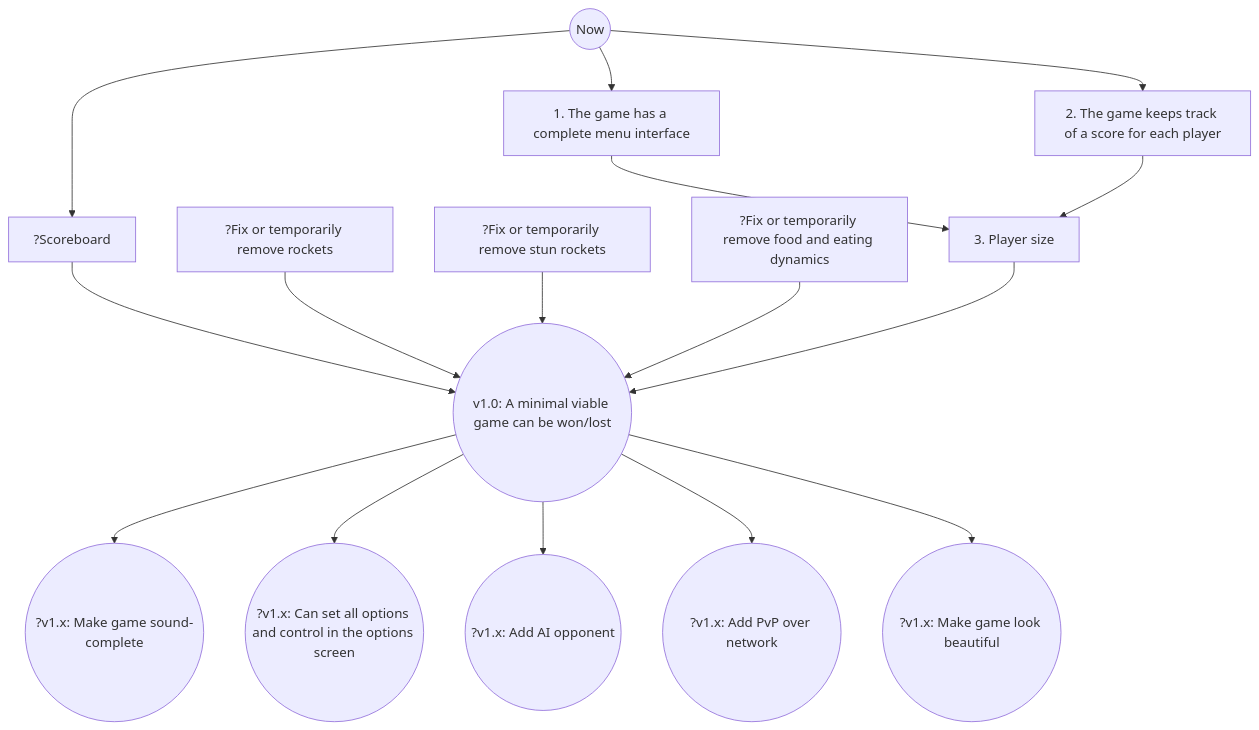
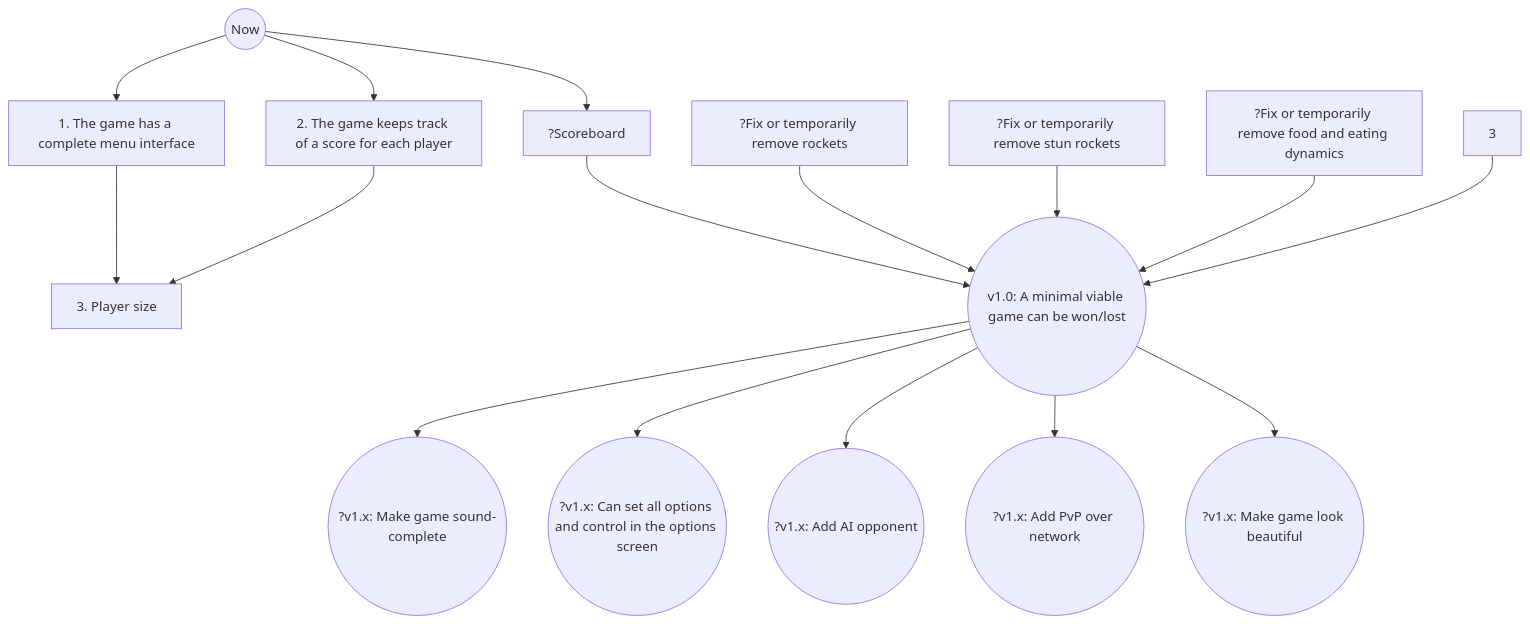
One commit to tresinformal/drakkar changed the diagram in doc/roadmap.md. Above: the diagram before and after it, drawn with Mermaid.

Commit message:
Milestones are in 10s, versions are in 100s

````diff
--- a/doc/roadmap.md
+++ b/doc/roadmap.md
@@ -3,18 +3,18 @@
 ```mermaid
 graph TD;
-    0((Now))-->1[1. The game has a complete menu interface];
-    0-->2[2. The game keeps track of a score for each player]
-    0-->4[?Scoreboard]
-    1-->3[3. Player size]
-    2-->3
-    4-->100
-    5[?Fix or temporarily remove rockets]-->100
-    6[?Fix or temporarily remove stun rockets]-->100
-    7[?Fix or temporarily remove food and eating dynamics]-->100
+    0((Now))-->10[1. The game has a complete menu interface];
+    0-->20[2. The game keeps track of a score for each player]
+    10-->30[3. Player size]
+    0-->40[?Scoreboard]
+    20-->30
+    40-->100
+    50[?Fix or temporarily remove rockets]-->100
+    60[?Fix or temporarily remove stun rockets]-->100
+    70[?Fix or temporarily remove food and eating dynamics]-->100
     3-->100((v1.0: A minimal viable game can be won/lost))
     100-->200((?v1.x: Make game sound-complete))
     100-->300((?v1.x: Can set all options and control in the options screen))
     100-->400((?v1.x: Add AI opponent))
     100-->500((?v1.x: Add PvP over network))
     100-->600((?v1.x: Make game look beautiful))
 ```
````
